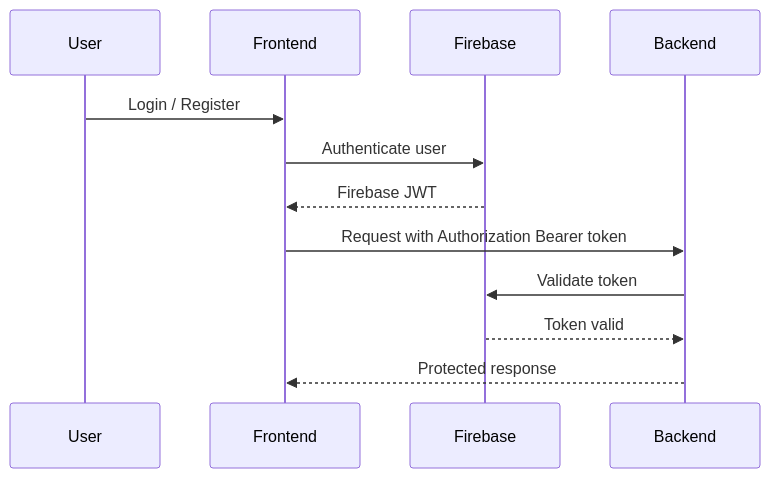
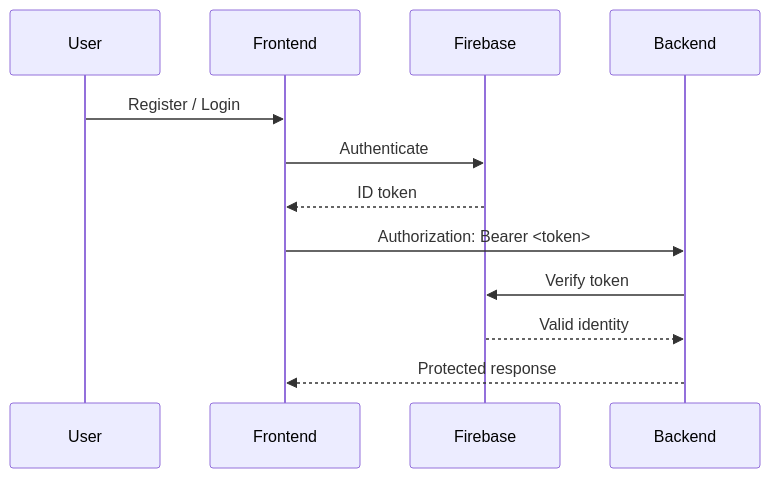
The second of 4 diagrams in README.md (dejanjovic1283-ui/talentmatch-pro), drawn with Mermaid before and after one commit. The commit also changed other lines of this file, not shown here.

````diff
--- a/README.md
+++ b/README.md
@@ -891,15 +508,15 @@
 ```mermaid
 sequenceDiagram
     participant User
     participant Frontend
     participant Firebase
     participant Backend
 
-    User->>Frontend: Login / Register
-    Frontend->>Firebase: Authenticate user
-    Firebase-->>Frontend: Firebase JWT
-    Frontend->>Backend: Request with Authorization Bearer token
-    Backend->>Firebase: Validate token
-    Firebase-->>Backend: Token valid
+    User->>Frontend: Register / Login
+    Frontend->>Firebase: Authenticate
+    Firebase-->>Frontend: ID token
+    Frontend->>Backend: Authorization: Bearer <token>
+    Backend->>Firebase: Verify token
+    Firebase-->>Backend: Valid identity
     Backend-->>Frontend: Protected response
 ```
````
